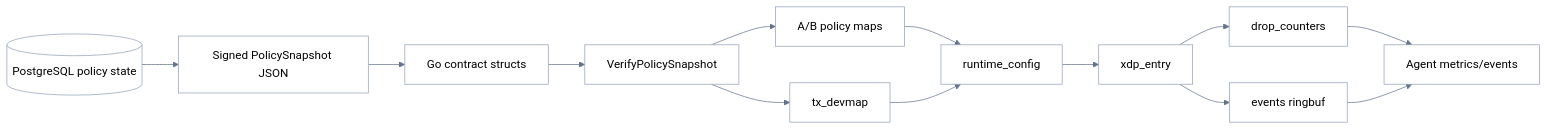
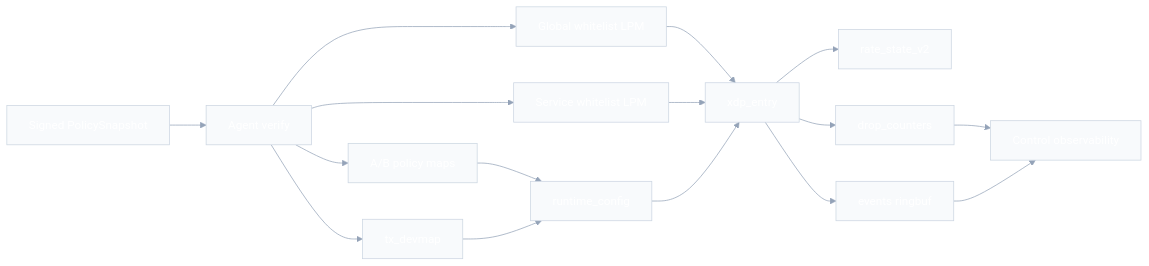
Before and after one commit to ken9xkyo/anti-ddos: the diagram in docs/diagrams/low-level-design/bpf-map-contract.mmd, drawn with Mermaid. The commit also changed 9 other files, not shown here.

```diff
--- a/docs/diagrams/low-level-design/bpf-map-contract.mmd
+++ b/docs/diagrams/low-level-design/bpf-map-contract.mmd
@@ -1,26 +1,30 @@
-%%{init: {'theme':'base','themeVariables': {'primaryColor':'#f8fafc','primaryTextColor':'#000000','primaryBorderColor':'#94a3b8','lineColor':'#64748b','secondaryColor':'#e0f2fe','tertiaryColor':'#fef3c7','background':'#ffffff','mainBkg':'#ffffff','nodeBorder':'#94a3b8','clusterBkg':'#f8fafc','clusterBorder':'#cbd5e1','titleColor':'#000000','edgeLabelBackground':'#ffffff','textColor':'#000000','nodeTextColor':'#000000','labelTextColor':'#000000'}}}%%
+%%{init: {'theme': 'base', 'themeVariables': {'primaryColor': '#4f46e5', 'primaryTextColor': '#ffffff', 'primaryBorderColor': '#3730a3', 'lineColor': '#94a3b8', 'secondaryColor': '#10b981', 'tertiaryColor': '#f59e0b', 'background': '#ffffff', 'mainBkg': '#f8fafc', 'nodeBorder': '#cbd5e1', 'clusterBkg': '#f1f5f9', 'clusterBorder': '#e2e8f0', 'titleColor': '#1e293b', 'edgeLabelBackground': '#ffffff', 'textColor': '#334155'}}}%%
 flowchart LR
-    db[(PostgreSQL policy state)]
-    snapshot[Signed PolicySnapshot JSON]
-    structs[Go contract structs]
-    verify[VerifyPolicySnapshot]
-    abMaps[A/B policy maps]
+    snapshot[Signed PolicySnapshot]
+    verify[Agent verify]
+    globalWl[Global whitelist LPM]
+    serviceWl[Service whitelist LPM]
+    policyMaps[A/B policy maps]
     devmap[tx_devmap]
     runtime[runtime_config]
     xdp[xdp_entry]
+    rateState[rate_state_v2]
     counters[drop_counters]
     ringbuf[events ringbuf]
-    metrics[Agent metrics/events]
+    control[Control observability]
 
-    db --> snapshot
-    snapshot --> structs
-    structs --> verify
-    verify --> abMaps
+    snapshot --> verify
+    verify --> globalWl
+    verify --> serviceWl
+    verify --> policyMaps
     verify --> devmap
-    abMaps --> runtime
+    globalWl --> xdp
+    serviceWl --> xdp
+    policyMaps --> runtime
     devmap --> runtime
     runtime --> xdp
+    xdp --> rateState
     xdp --> counters
     xdp --> ringbuf
-    counters --> metrics
-    ringbuf --> metrics
+    counters --> control
+    ringbuf --> control
```
